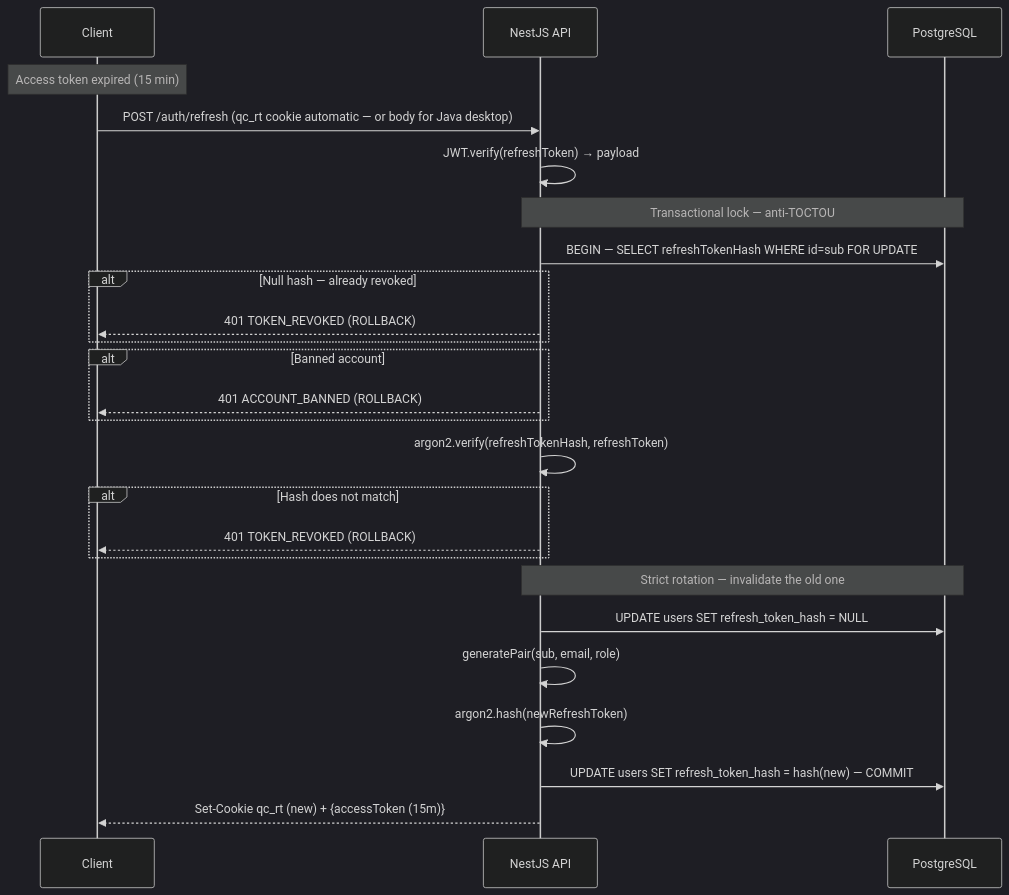
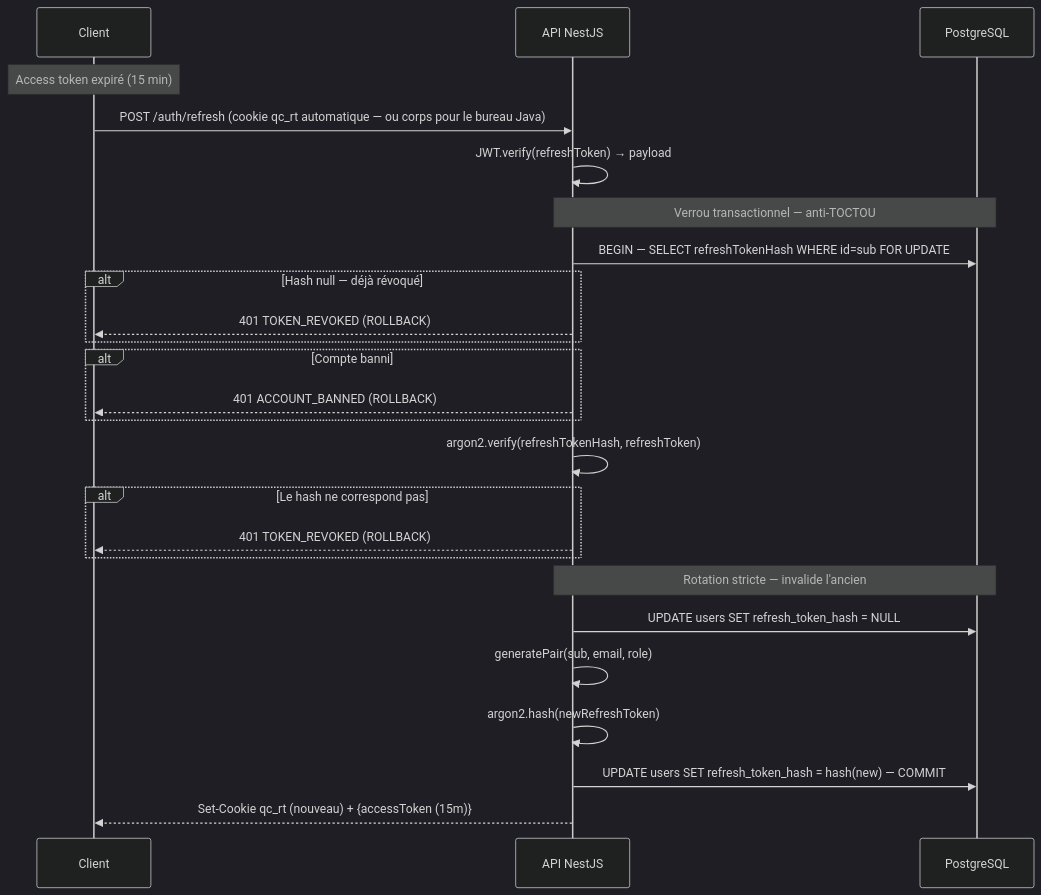
One commit to creibaud/QuartierConnect changed the sixth of 21 diagrams in docs/ARCHITECTURE.md. Above: the diagram before and after it, drawn with Mermaid (dark theme). The commit also changed other lines of this file and 27 other files, not shown here.

````diff
--- a/docs/ARCHITECTURE.md
+++ b/docs/ARCHITECTURE.md
@@ -237,30 +278,30 @@
 ```mermaid
 sequenceDiagram
     participant C as Client
-    participant API as NestJS API
+    participant API as API NestJS
     participant PG as PostgreSQL
 
-    Note over C: Access token expired (15 min)
-    C->>API: POST /auth/refresh (qc_rt cookie automatic — or body for Java desktop)
+    Note over C: Access token expiré (15 min)
+    C->>API: POST /auth/refresh (cookie qc_rt automatique — ou corps pour le bureau Java)
     API->>API: JWT.verify(refreshToken) → payload
 
-    Note over API,PG: Transactional lock — anti-TOCTOU
+    Note over API,PG: Verrou transactionnel — anti-TOCTOU
     API->>PG: BEGIN — SELECT refreshTokenHash WHERE id=sub FOR UPDATE
-    alt Null hash — already revoked
+    alt Hash null — déjà révoqué
         API-->>C: 401 TOKEN_REVOKED (ROLLBACK)
     end
-    alt Banned account
+    alt Compte banni
         API-->>C: 401 ACCOUNT_BANNED (ROLLBACK)
     end
     API->>API: argon2.verify(refreshTokenHash, refreshToken)
-    alt Hash does not match
+    alt Le hash ne correspond pas
         API-->>C: 401 TOKEN_REVOKED (ROLLBACK)
     end
 
-    Note over API,PG: Strict rotation — invalidate the old one
+    Note over API,PG: Rotation stricte — invalide l'ancien
     API->>PG: UPDATE users SET refresh_token_hash = NULL
     API->>API: generatePair(sub, email, role)
     API->>API: argon2.hash(newRefreshToken)
     API->>PG: UPDATE users SET refresh_token_hash = hash(new) — COMMIT
-    API-->>C: Set-Cookie qc_rt (new) + {accessToken (15m)}
+    API-->>C: Set-Cookie qc_rt (nouveau) + {accessToken (15m)}
 ```
````
